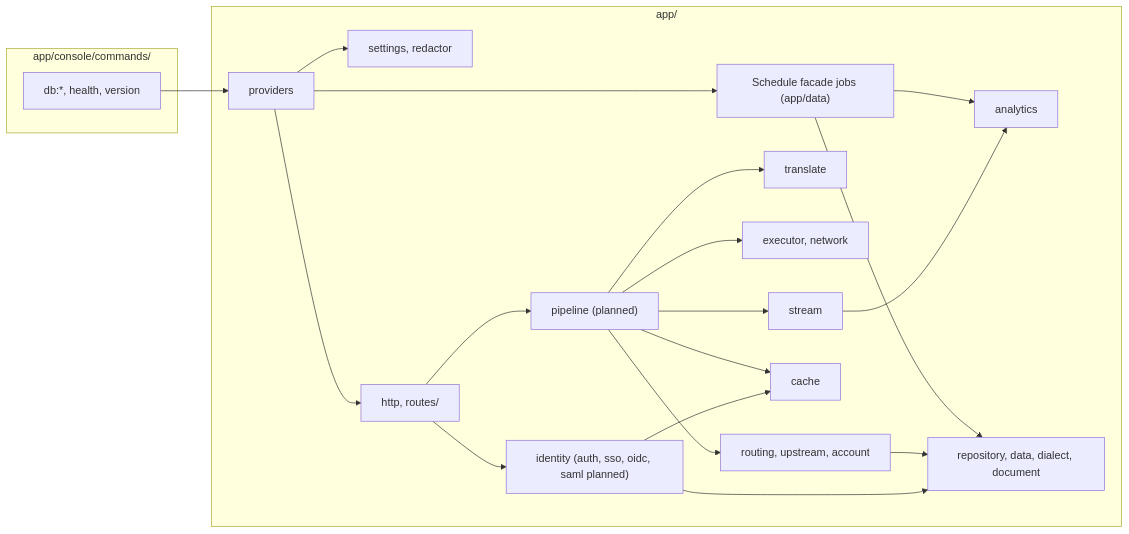
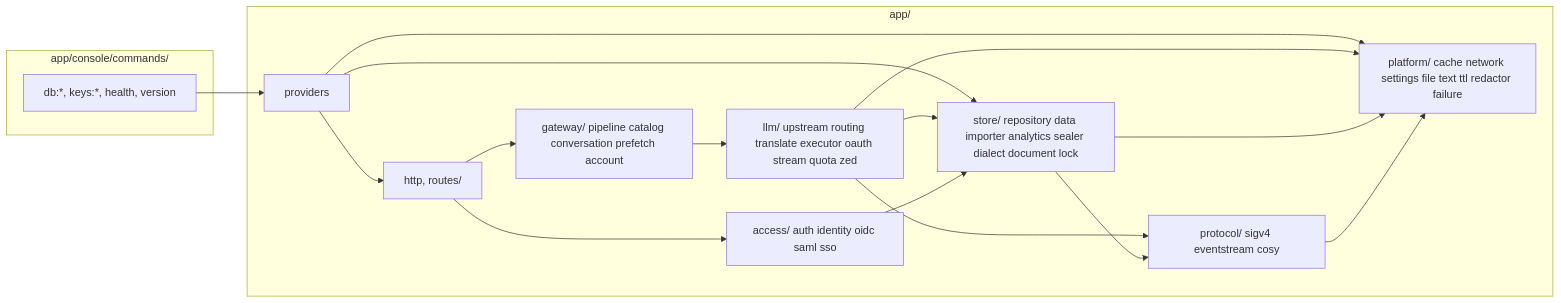
One commit to dimaskiddo/rllmx changed the diagram in docs/ARCHITECTURE.md. Above: the diagram before and after it, drawn with Mermaid. The commit also changed other lines of this file and 971 other files, not shown here.

````diff
--- a/docs/ARCHITECTURE.md
+++ b/docs/ARCHITECTURE.md
@@ -9,40 +9,32 @@
 ```mermaid
 graph LR
     subgraph cmd["app/console/commands/"]
-        Main["db:*, health, version"]
+        Main["db:*, keys:*, health, version"]
     end
 
     subgraph internal["app/"]
         App["providers"]
-        Config["settings, redactor"]
+        GW["gateway/ pipeline catalog conversation prefetch account"]
+        LLM["llm/ upstream routing translate executor oauth stream quota zed"]
+        ACC["access/ auth identity oidc saml sso"]
+        ST["store/ repository data importer analytics sealer dialect document lock"]
+        PROT["protocol/ sigv4 eventstream cosy"]
+        PLAT["platform/ cache network settings file text ttl redactor failure"]
         API["http, routes/"]
-        Auth["identity (auth, sso, oidc, saml planned)"]
-        Pipe["pipeline (planned)"]
-        Model["routing, upstream, account"]
-        Trans["translate"]
-        Exec["executor, network"]
-        Stream["stream"]
-        Usage["analytics"]
-        Cache["cache"]
-        Sched["Schedule facade jobs (app/data)"]
-        Store["repository, data, dialect, document"]
     end
 
     Main --> App
-    App --> Config
     App --> API
-    App --> Sched
-    API --> Auth
-    API --> Pipe
-    Auth --> Cache
-    Auth --> Store
-    Pipe --> Model
-    Pipe --> Trans
-    Pipe --> Exec
-    Pipe --> Stream
-    Pipe --> Cache
-    Model --> Store
-    Stream --> Usage
-    Sched --> Store
-    Sched --> Usage
+    App --> PLAT
+    App --> ST
+    API --> ACC
+    API --> GW
+    GW --> LLM
+    LLM --> ST
+    LLM --> PROT
+    LLM --> PLAT
+    ACC --> ST
+    ST --> PROT
+    ST --> PLAT
+    PROT --> PLAT
 ```
````
